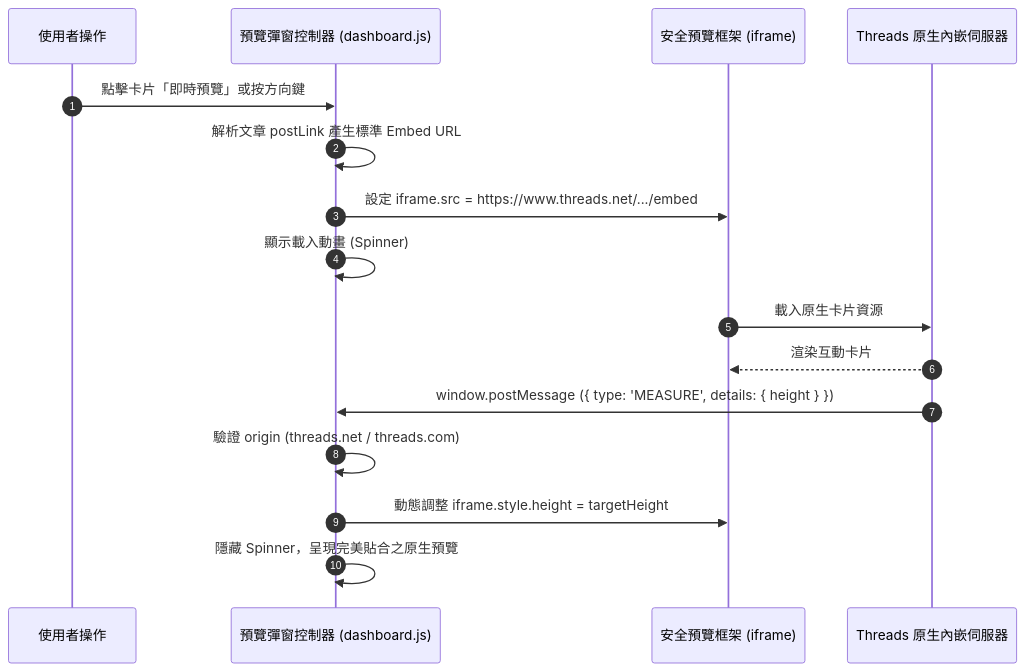
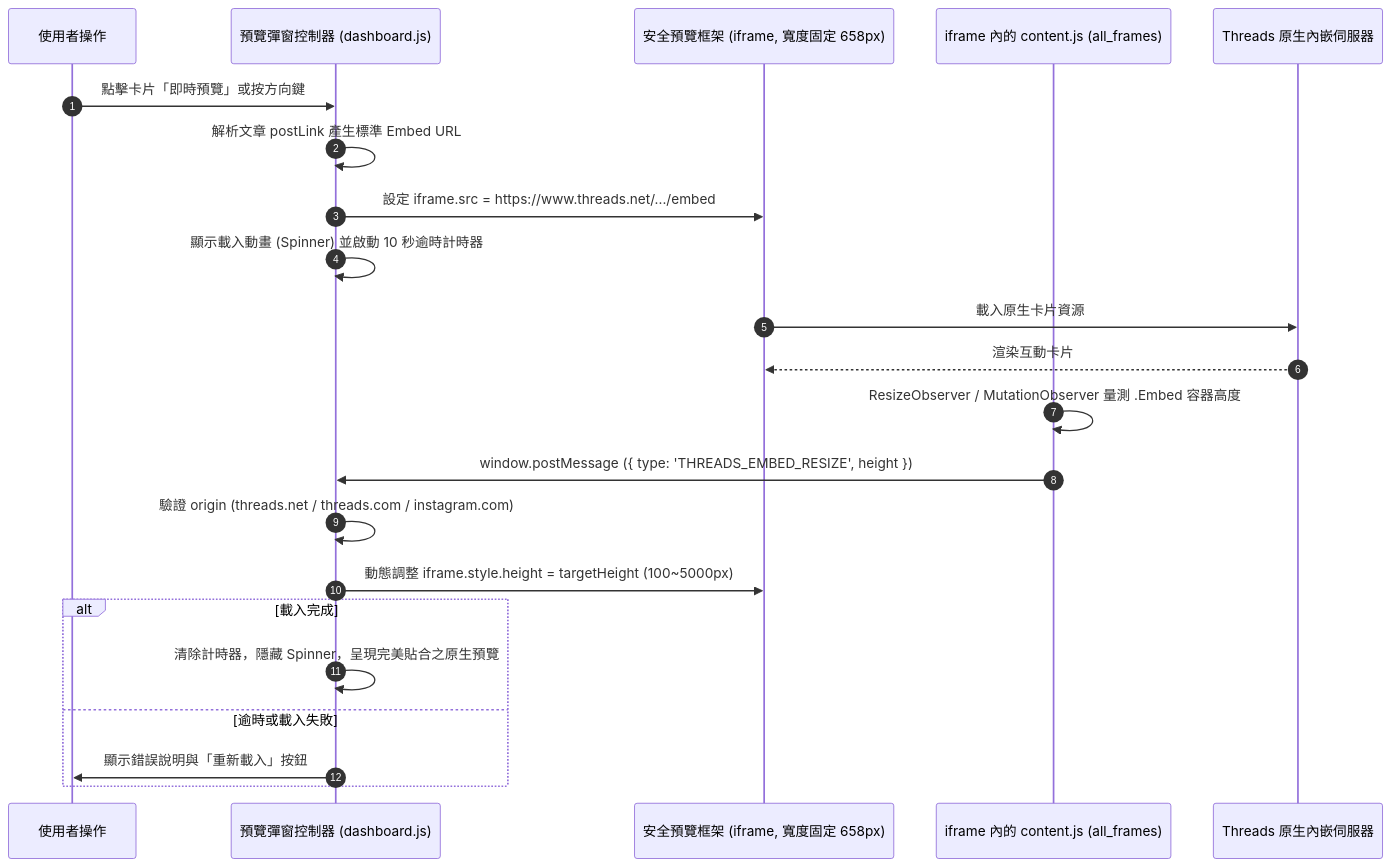
The third of 3 diagrams in README.md (Scorpio-meow/Threads-embedded-code), drawn with Mermaid before and after one commit. The commit also changed other lines of this file and 5 other files, not shown here.

````diff
--- a/README.md
+++ b/README.md
@@ -377,19 +383,25 @@
 ```mermaid
 sequenceDiagram
     autonumber
     participant User as 使用者操作
     participant Modal as 預覽彈窗控制器 (dashboard.js)
-    participant Iframe as 安全預覽框架 (iframe)
+    participant Iframe as 安全預覽框架 (iframe, 寬度固定 658px)
+    participant Content as iframe 內的 content.js (all_frames)
     participant ThreadsEmbed as Threads 原生內嵌伺服器
 
     User->>Modal: 點擊卡片「即時預覽」或按方向鍵
     Modal->>Modal: 解析文章 postLink 產生標準 Embed URL
     Modal->>Iframe: 設定 iframe.src = https://www.threads.net/.../embed
-    Modal->>Modal: 顯示載入動畫 (Spinner)
+    Modal->>Modal: 顯示載入動畫 (Spinner) 並啟動 10 秒逾時計時器
     Iframe->>ThreadsEmbed: 載入原生卡片資源
     ThreadsEmbed-->>Iframe: 渲染互動卡片
-    ThreadsEmbed->>Modal: window.postMessage ({ type: 'MEASURE', details: { height } })
-    Modal->>Modal: 驗證 origin (threads.net / threads.com)
-    Modal->>Iframe: 動態調整 iframe.style.height = targetHeight
-    Modal->>Modal: 隱藏 Spinner，呈現完美貼合之原生預覽
+    Content->>Content: ResizeObserver / MutationObserver 量測 .Embed 容器高度
+    Content->>Modal: window.postMessage ({ type: 'THREADS_EMBED_RESIZE', height })
+    Modal->>Modal: 驗證 origin (threads.net / threads.com / instagram.com)
+    Modal->>Iframe: 動態調整 iframe.style.height = targetHeight (100~5000px)
+    alt 載入完成
+        Modal->>Modal: 清除計時器，隱藏 Spinner，呈現完美貼合之原生預覽
+    else 逾時或載入失敗
+        Modal->>User: 顯示錯誤說明與「重新載入」按鈕
+    end
 ```
````
